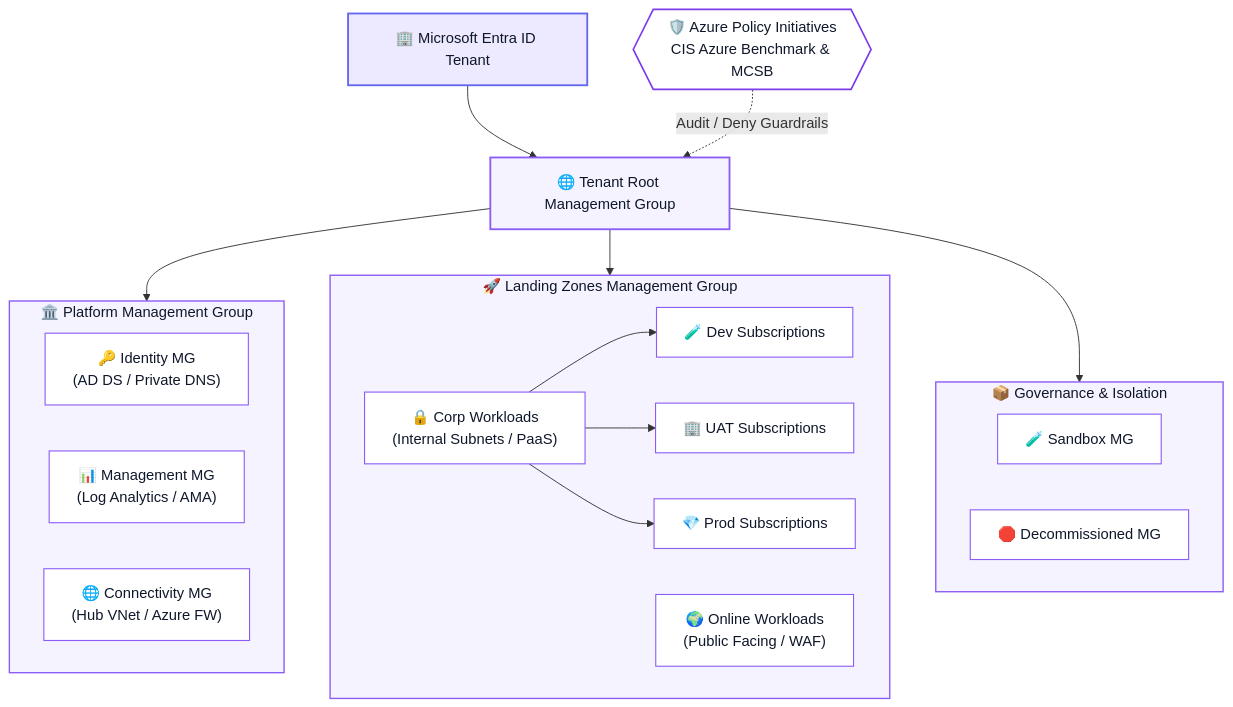
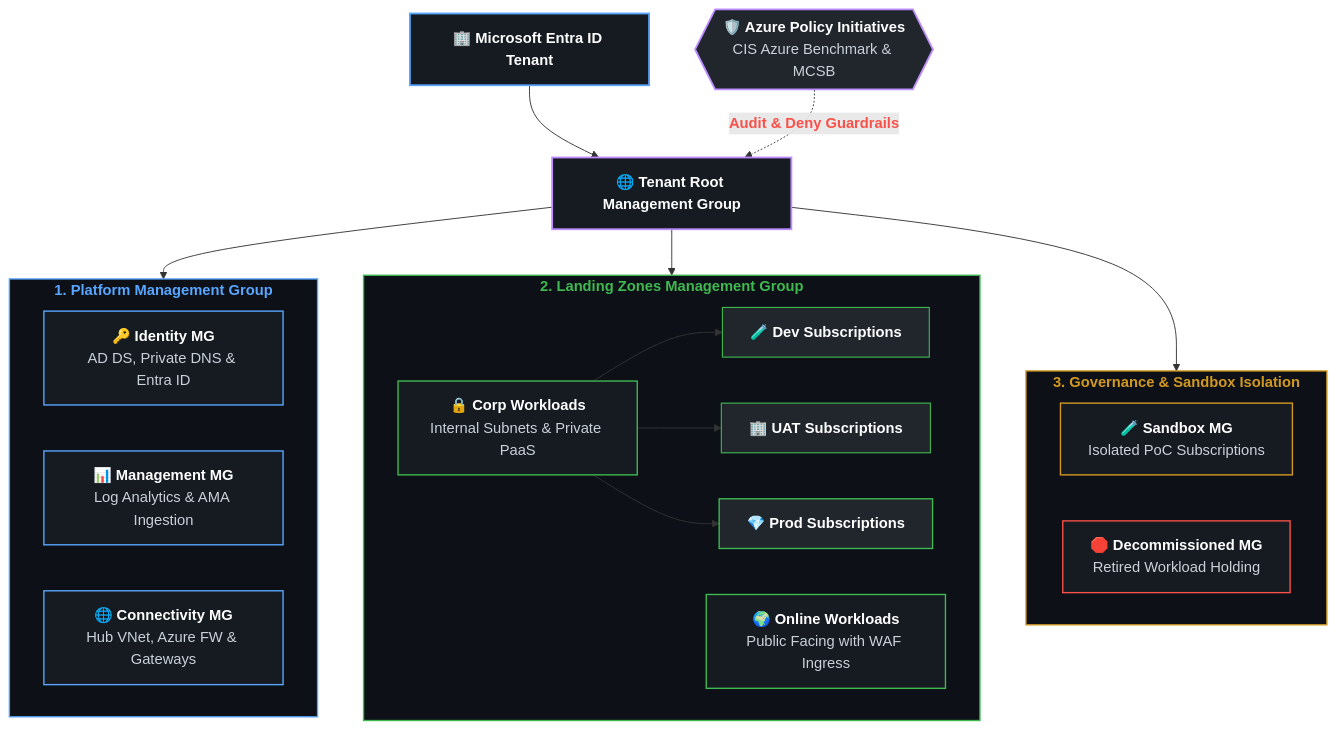
Before and after one commit to Ankitasingh-singh/Ankitasingh-singh: the fourth of 10 diagrams in README.md, drawn with Mermaid. The commit also changed other lines of this file, not shown here.

Commit message:
style: update mermaid diagram text and node styling for dark mode in README

````diff
--- a/README.md
+++ b/README.md
@@ -275,52 +275,52 @@
 ```mermaid
 flowchart TD
-    Tenant["🏢 Microsoft Entra ID Tenant"]
-    Root["🌐 Tenant Root Management Group"]
+    Tenant["<b><font color='#ffffff'>🏢 Microsoft Entra ID Tenant</font></b>"]
+    Root["<b><font color='#ffffff'>🌐 Tenant Root Management Group</font></b>"]
     Tenant --> Root
 
-    subgraph PlatformGroup["🏛️ Platform Management Group"]
-        Identity["🔑 Identity MG<br/>(AD DS / Private DNS)"]
-        Management["📊 Management MG<br/>(Log Analytics / AMA)"]
-        Connectivity["🌐 Connectivity MG<br/>(Hub VNet / Azure FW)"]
+    subgraph PlatformGroup["<b><font color='#58a6ff'>1. Platform Management Group</font></b>"]
+        Identity["<b><font color='#ffffff'>🔑 Identity MG</font></b><br/><font color='#c9d1d9'>AD DS, Private DNS & Entra ID</font>"]
+        Management["<b><font color='#ffffff'>📊 Management MG</font></b><br/><font color='#c9d1d9'>Log Analytics & AMA Ingestion</font>"]
+        Connectivity["<b><font color='#ffffff'>🌐 Connectivity MG</font></b><br/><font color='#c9d1d9'>Hub VNet, Azure FW & Gateways</font>"]
     end
 
-    subgraph WorkloadGroup["🚀 Landing Zones Management Group"]
-        Corp["🔒 Corp Workloads<br/>(Internal Subnets / PaaS)"]
-        Online["🌍 Online Workloads<br/>(Public Facing / WAF)"]
-        DevSubs["🧪 Dev Subscriptions"]
-        UatSubs["🏢 UAT Subscriptions"]
-        ProdSubs["💎 Prod Subscriptions"]
+    subgraph WorkloadGroup["<b><font color='#3fb950'>2. Landing Zones Management Group</font></b>"]
+        Corp["<b><font color='#ffffff'>🔒 Corp Workloads</font></b><br/><font color='#c9d1d9'>Internal Subnets & Private PaaS</font>"]
+        Online["<b><font color='#ffffff'>🌍 Online Workloads</font></b><br/><font color='#c9d1d9'>Public Facing with WAF Ingress</font>"]
+        DevSubs["<b><font color='#ffffff'>🧪 Dev Subscriptions</font></b>"]
+        UatSubs["<b><font color='#ffffff'>🏢 UAT Subscriptions</font></b>"]
+        ProdSubs["<b><font color='#ffffff'>💎 Prod Subscriptions</font></b>"]
         Corp --> DevSubs
         Corp --> UatSubs
         Corp --> ProdSubs
     end
 
-    subgraph GovSandbox["📦 Governance & Isolation"]
-        Sandbox["🧪 Sandbox MG"]
-        Decom["🛑 Decommissioned MG"]
+    subgraph GovSandbox["<b><font color='#d29922'>3. Governance & Sandbox Isolation</font></b>"]
+        Sandbox["<b><font color='#ffffff'>🧪 Sandbox MG</font></b><br/><font color='#c9d1d9'>Isolated PoC Subscriptions</font>"]
+        Decom["<b><font color='#ffffff'>🛑 Decommissioned MG</font></b><br/><font color='#c9d1d9'>Retired Workload Holding</font>"]
     end
 
     Root --> PlatformGroup
     Root --> WorkloadGroup
     Root --> GovSandbox
 
-    PolicyInitiatives{{"🛡️ Azure Policy Initiatives<br/>CIS Azure Benchmark & MCSB"}} -.->|"Audit / Deny Guardrails"| Root
+    PolicyInitiatives{{"<b><font color='#ffffff'>🛡️ Azure Policy Initiatives</font></b><br/><font color='#c9d1d9'>CIS Azure Benchmark & MCSB</font>"}} -.->|"<font color='#f85149'><b>Audit & Deny Guardrails</b></font>"| Root
 
-    style Tenant fill:#ede9fe,stroke:#6366f1,stroke-width:2px,color:#0f172a
-    style Root fill:#f5f3ff,stroke:#8b5cf6,stroke-width:2px,color:#0f172a
-    style PlatformGroup fill:#f5f3ff,stroke:#8b5cf6,stroke-width:1.5px,color:#0f172a
-    style WorkloadGroup fill:#f5f3ff,stroke:#8b5cf6,stroke-width:1.5px,color:#0f172a
-    style GovSandbox fill:#f5f3ff,stroke:#8b5cf6,stroke-width:1.5px,color:#0f172a
+    style Tenant fill:#161b22,stroke:#58a6ff,stroke-width:2px
+    style Root fill:#161b22,stroke:#bc8cff,stroke-width:2px
+    style PlatformGroup fill:#0d1117,stroke:#58a6ff,stroke-width:1.5px
+    style WorkloadGroup fill:#0d1117,stroke:#3fb950,stroke-width:1.5px
+    style GovSandbox fill:#0d1117,stroke:#d29922,stroke-width:1.5px
 
-    style Identity fill:#ffffff,stroke:#8b5cf6,stroke-width:1.2px,color:#0f172a
-    style Management fill:#ffffff,stroke:#8b5cf6,stroke-width:1.2px,color:#0f172a
-    style Connectivity fill:#ffffff,stroke:#8b5cf6,stroke-width:1.2px,color:#0f172a
-    style Corp fill:#ffffff,stroke:#8b5cf6,stroke-width:1.2px,color:#0f172a
-    style Online fill:#ffffff,stroke:#8b5cf6,stroke-width:1.2px,color:#0f172a
-    style DevSubs fill:#ffffff,stroke:#8b5cf6,stroke-width:1.2px,color:#0f172a
-    style UatSubs fill:#ffffff,stroke:#8b5cf6,stroke-width:1.2px,color:#0f172a
-    style ProdSubs fill:#ffffff,stroke:#8b5cf6,stroke-width:1.2px,color:#0f172a
-    style Sandbox fill:#ffffff,stroke:#8b5cf6,stroke-width:1.2px,color:#0f172a
-    style Decom fill:#ffffff,stroke:#8b5cf6,stroke-width:1.2px,color:#0f172a
-    style PolicyInitiatives fill:#ffffff,stroke:#7c3aed,stroke-width:1.8px,color:#0f172a
+    style Identity fill:#161b22,stroke:#58a6ff,stroke-width:1.5px
+    style Management fill:#161b22,stroke:#58a6ff,stroke-width:1.5px
+    style Connectivity fill:#161b22,stroke:#58a6ff,stroke-width:1.5px
+    style Corp fill:#161b22,stroke:#3fb950,stroke-width:1.5px
+    style Online fill:#161b22,stroke:#3fb950,stroke-width:1.5px
+    style DevSubs fill:#21262d,stroke:#3fb950,stroke-width:1.2px
+    style UatSubs fill:#21262d,stroke:#3fb950,stroke-width:1.2px
+    style ProdSubs fill:#21262d,stroke:#3fb950,stroke-width:1.5px
+    style Sandbox fill:#161b22,stroke:#d29922,stroke-width:1.5px
+    style Decom fill:#161b22,stroke:#f85149,stroke-width:1.5px
+    style PolicyInitiatives fill:#21262d,stroke:#bc8cff,stroke-width:2px
 ```
````
